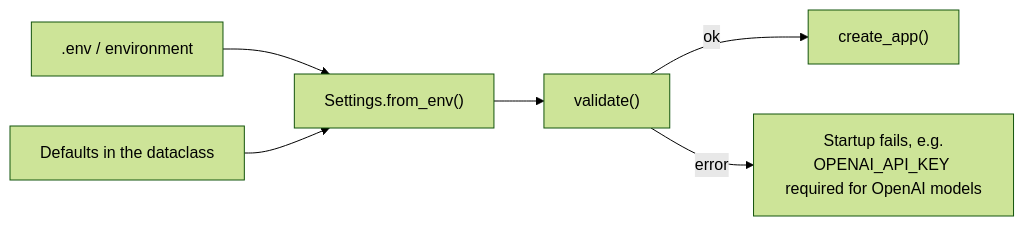
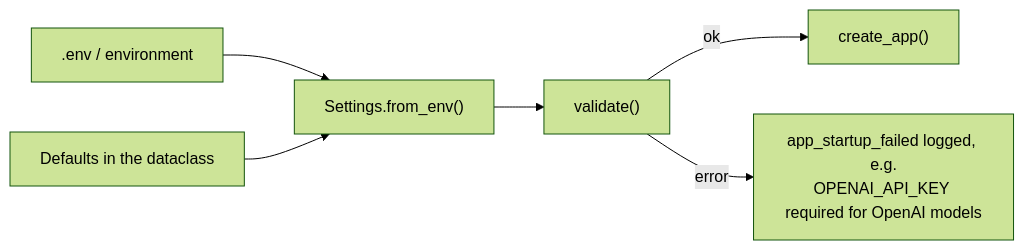
One commit to mannyiyer380/proj-01-enterprise-document-intelligence-system changed diagram 13 of 13 in docs/ARCHITECTURE.md. Above: the diagram before and after it, drawn with Mermaid (forest theme). The commit also changed other lines of this file, not shown here.

Commit message:
Update architecture doc for LangGraph workflows, review, caching and tests

````diff
--- a/docs/ARCHITECTURE.md
+++ b/docs/ARCHITECTURE.md
@@ -481,8 +604,8 @@
 ```mermaid
 flowchart LR
     ENV[".env / environment"] --> FE["Settings.from_env()"]
     DEF["Defaults in the dataclass"] --> FE
     FE --> VAL["validate()"]
     VAL -- ok --> APP["create_app()"]
-    VAL -- error --> STOP["Startup fails, e.g.<br/>OPENAI_API_KEY required for OpenAI models"]
+    VAL -- error --> STOP["app_startup_failed logged, e.g.<br/>OPENAI_API_KEY required for OpenAI models"]
 ```
````
